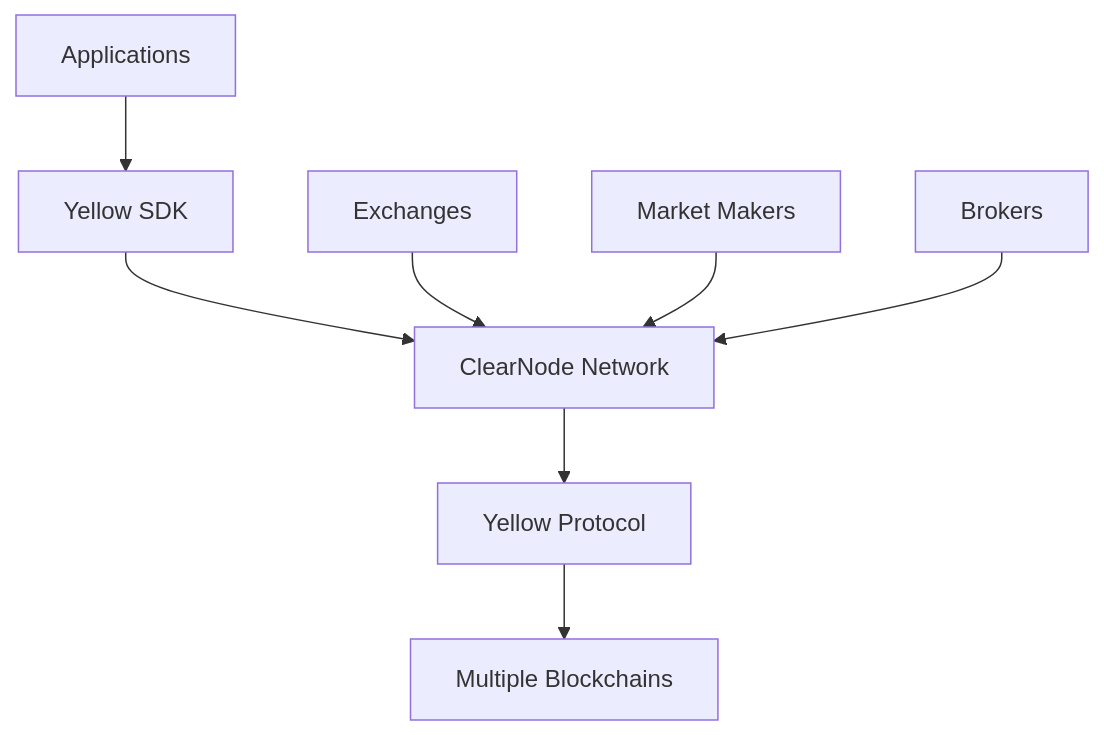
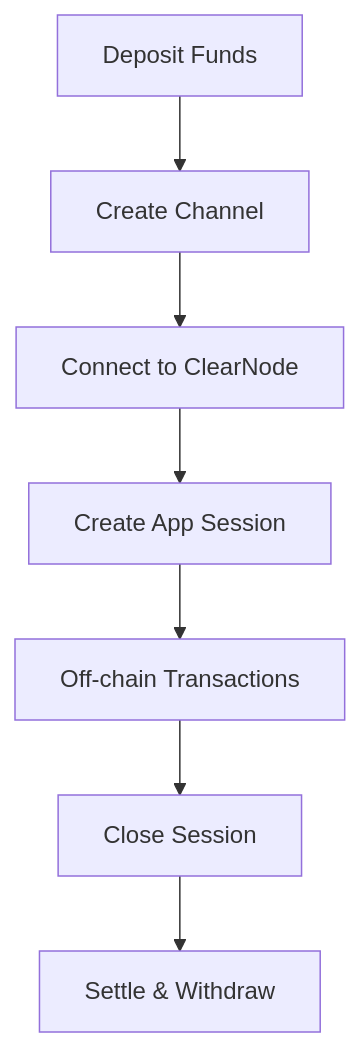
The diagram in docs/learn/intro.md (layer-3/docs), drawn with Mermaid before and after one commit. The commit also changed other lines of this file and 87 other files, not shown here.

````diff
--- a/docs/learn/intro.md
+++ b/docs/learn/intro.md
@@ -33,11 +53,9 @@
 ```mermaid
-graph TB
-    A[Applications] --> B[Yellow SDK]
-    B --> C[ClearNode Network]
-    C --> D[Yellow Protocol]
-    D --> E[Multiple Blockchains]
-    
-    F[Exchanges] --> C
-    G[Market Makers] --> C
-    H[Brokers] --> C
+graph TD
+    A[Deposit Funds] --> B[Create Channel]
+    B --> C[Connect to ClearNode]
+    C --> D[Create App Session]
+    D --> E[Off-chain Transactions]
+    E --> F[Close Session]
+    F --> G[Settle & Withdraw]
 ```
````
